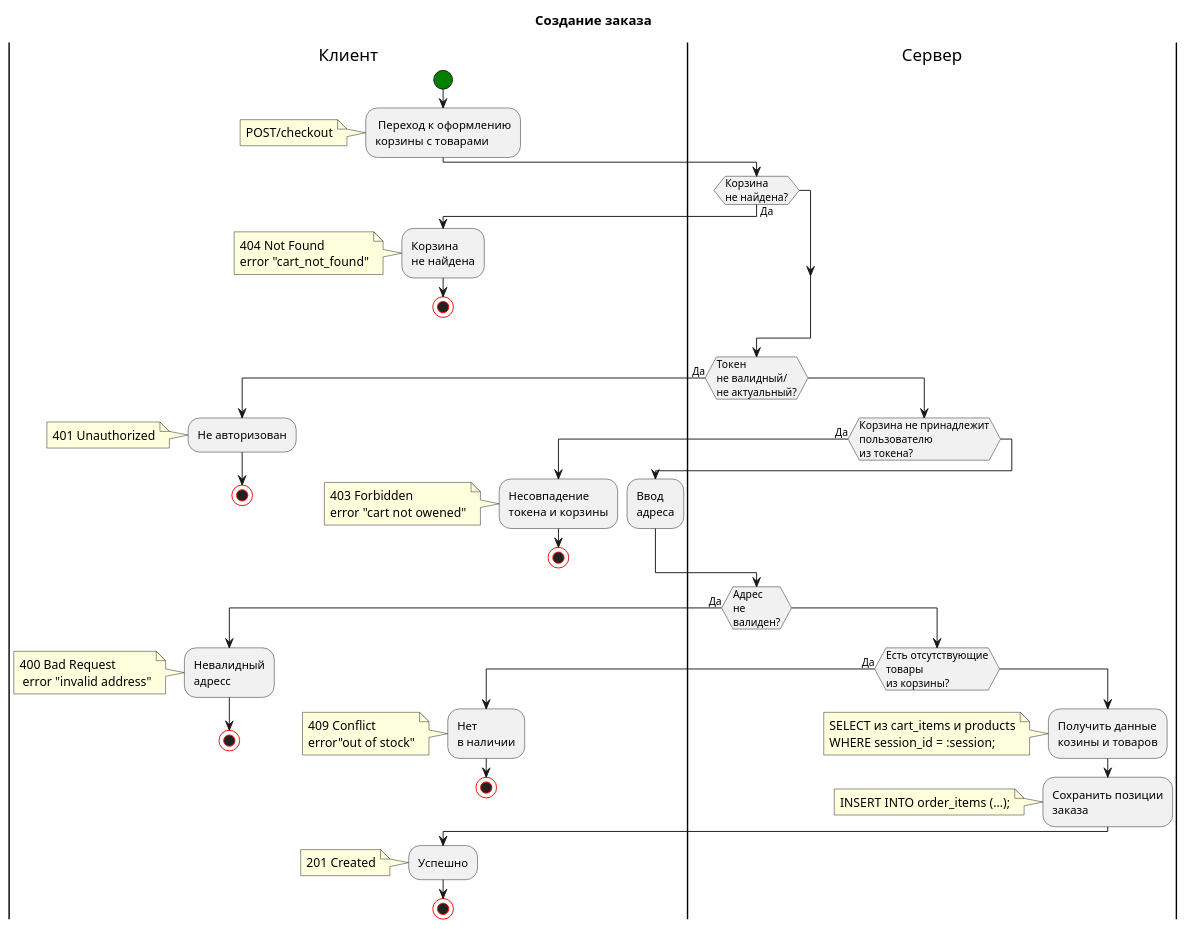
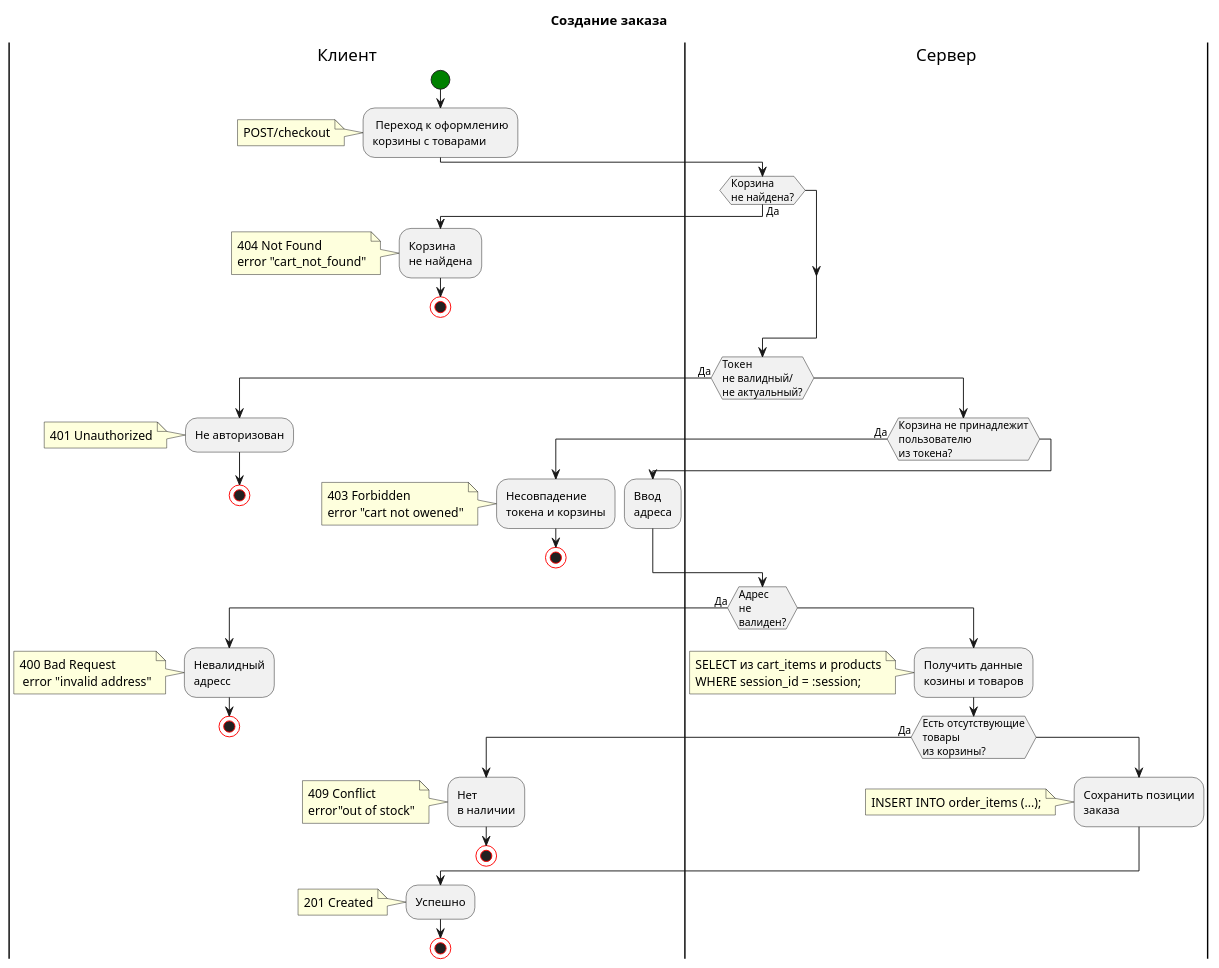
The diagram in diagrams/ActivityDiagram.puml (a-dobritsa/spareparts_for_everyone), drawn with PlantUML before and after one commit. The commit also changed other lines of this file, not shown here.

```diff
--- a/diagrams/ActivityDiagram.puml
+++ b/diagrams/ActivityDiagram.puml
@@ -1,85 +1,85 @@
 @startuml
 title Создание заказа
 skinparam activity {
 startColor green
 endColor red
 stopColor red
 }
 
 swimlane Клиент
   start
   : Переход к оформлению\nкорзины с товарами;
   note 
     POST/checkout
   end note
 swimlane Сервер
       if (Корзина\nне найдена?) then (Да)
 swimlane Клиент
         :Корзина\nне найдена;
         note
           404 Not Found
           error "cart_not_found"
         end note
         stop
       endif
 swimlane Сервер
         if (Токен\nне валидный/\nне актуальный?) then (Да)
 swimlane Клиент
           :Не авторизован;
           note
             401 Unauthorized
           end note
           stop
           else
 swimlane Сервер
             if (Корзина не принадлежит\nпользователю\nиз токена?) then (Да)
 swimlane Клиент
               :Несовпадение\nтокена и корзины;
               note
                 403 Forbidden
                 error "cart not owened"
               end note
               stop
               else
               :Ввод\nадреса;
         endif
             endif
 swimlane Сервер
               if (Адрес\nне\nвалиден?) then (Да)
 swimlane Клиент
                 :Невалидный\nадресс;
                 note
                  400 Bad Request
                   error "invalid address"
                 end note
                 stop
                 else
 swimlane Сервер
+                  :Получить данные\nкозины и товаров;
+                  note
+                    SELECT из cart_items и products
+                    WHERE session_id = :session;
+                  end note
                 if (Есть отсутствующие\nтовары\nиз корзины?) then (Да)
 swimlane Клиент
                   :Нет\nв наличии;
                    note 
                     409 Conflict
                     error"out of stock"
                   end note
                   stop
                   else
 swimlane Сервер
-                  :Получить данные\nкозины и товаров;
-                  note
-                    SELECT из cart_items и products
-                    WHERE session_id = :session;
-                  end note
                   :Сохранить позиции\nзаказа;
                   note
                   INSERT INTO order_items (...);
                   end note
               endif
                 endif
 swimlane Клиент
   :Успешно;
   note
     201 Created
   end note
   stop
 @enduml
```
